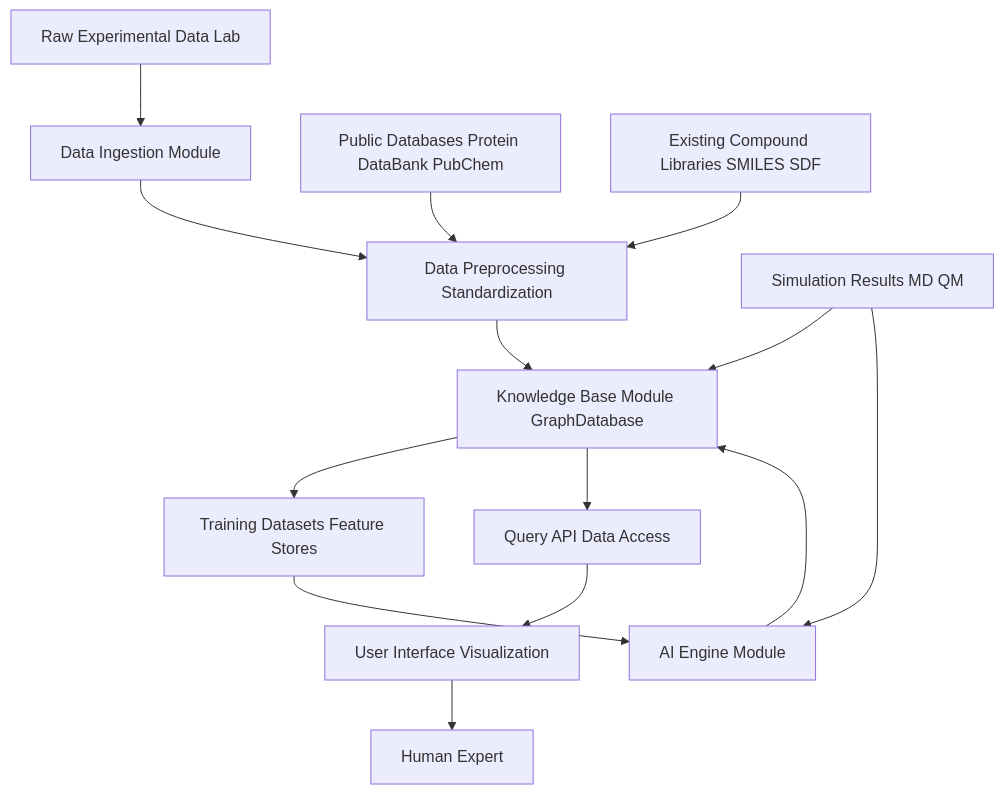
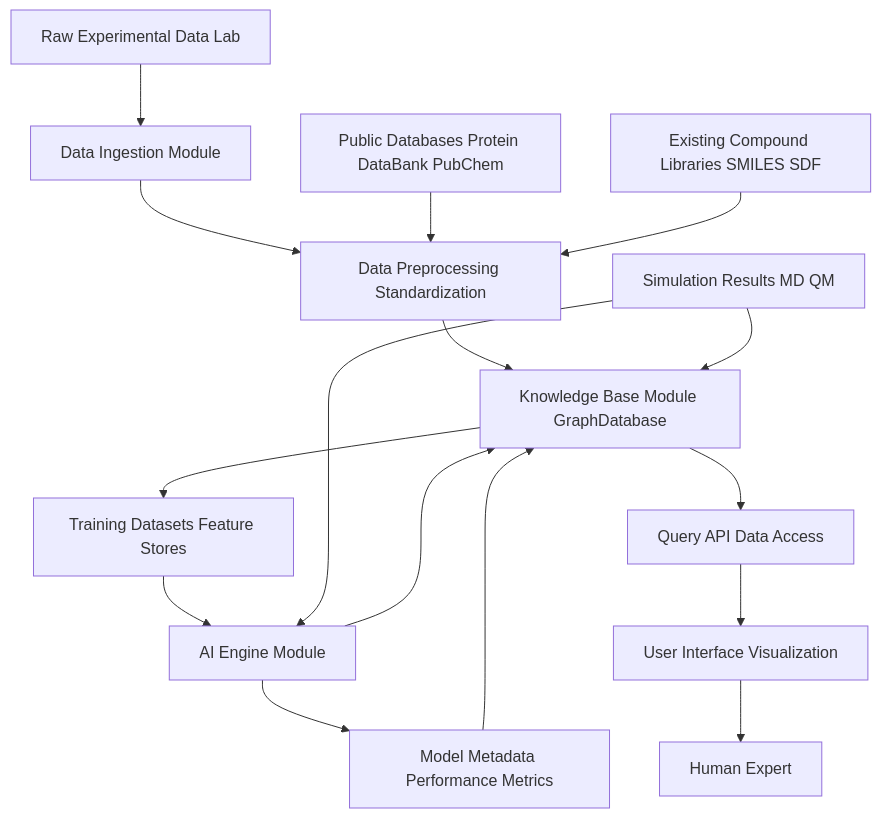
Before and after one commit to diplomat-bit/Citibank_Demo_Business_Inc_Demonstration-: the fourth of 10 diagrams in inventions/075_ai_drug_discovery_simulation.md, drawn with Mermaid. The commit also changed other lines of this file, not shown here.

````diff
--- a/inventions/075_ai_drug_discovery_simulation.md
+++ b/inventions/075_ai_drug_discovery_simulation.md
@@ -206,16 +294,18 @@
 ```mermaid
 graph TD
     A[Raw Experimental Data Lab] --> B[Data Ingestion Module]
     B --> C[Data Preprocessing Standardization]
     D[Public Databases Protein DataBank PubChem] --> C
     E[Existing Compound Libraries SMILES SDF] --> C
     C --> F[Knowledge Base Module GraphDatabase]
     F --> G[Training Datasets Feature Stores]
     G --> H[AI Engine Module]
     H --> F
     I[Simulation Results MD QM] --> F
     I --> H
     F --> J[Query API Data Access]
     J --> K[User Interface Visualization]
     K --> User[Human Expert]
+    H --> L[Model Metadata Performance Metrics]
+    L --> F
 ```
````
